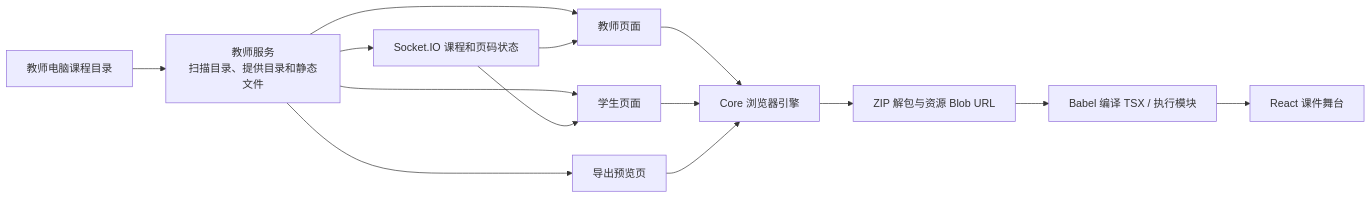
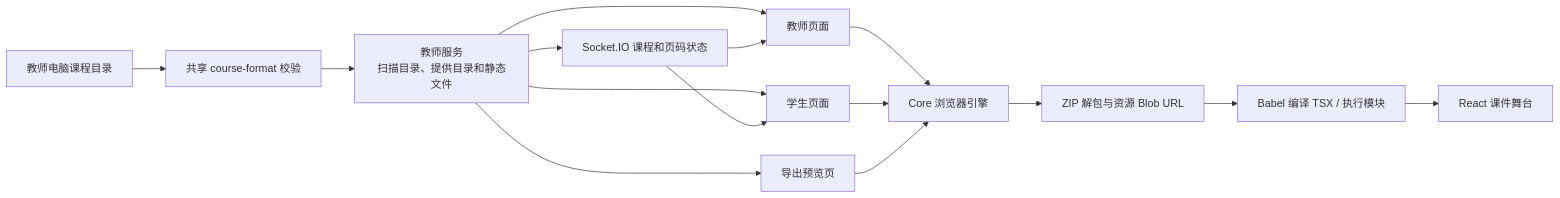
One commit to yc004/LumeSync changed the first of 2 diagrams in docs-site/content/architecture/course-rendering.mdx. Above: the diagram before and after it, drawn with Mermaid. The commit also changed other lines of this file and 39 other files, not shown here.

````diff
--- a/docs-site/content/architecture/course-rendering.mdx
+++ b/docs-site/content/architecture/course-rendering.mdx
@@ -16,16 +18,17 @@
 ```mermaid
 flowchart LR
-  F[教师电脑课程目录] --> H[教师服务<br/>扫描目录、提供目录和静态文件]
+  F[教师电脑课程目录] --> CF[共享 course-format 校验]
+  CF --> H[教师服务<br/>扫描目录、提供目录和静态文件]
   H --> T[教师页面]
   H --> S[学生页面]
   T --> E[Core 浏览器引擎]
   S --> E
   E --> Z[ZIP 解包与资源 Blob URL]
   Z --> C[Babel 编译 TSX / 执行模块]
   C --> R[React 课件舞台]
   H --> P[Socket.IO 课程和页码状态]
   P --> T
   P --> S
   H --> X[导出预览页]
   X --> E
 ```
````
